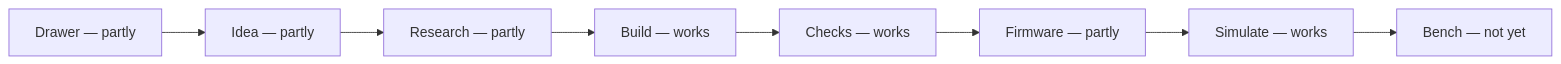
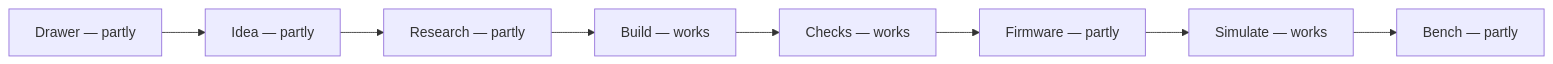
The diagram in README.md (xmejkal/spark), drawn with Mermaid before and after one commit. The commit also changed 1 other file, not shown here.

Commit message:
P192: the journey diagrams say Bench is partly done, as the text under them does
Task 5 changed the Bench row and section to partly, because deploy.py now puts the image on the board, but both Mermaid diagrams still read not yet.

````diff
--- a/README.md
+++ b/README.md
@@ -60,6 +60,6 @@
 ```mermaid
 flowchart LR
     drawer["Drawer — partly"] --> idea["Idea — partly"] --> research["Research — partly"]
     research --> build["Build — works"] --> checks["Checks — works"] --> firmware["Firmware — partly"]
-    firmware --> simulate["Simulate — works"] --> bench["Bench — not yet"]
+    firmware --> simulate["Simulate — works"] --> bench["Bench — partly"]
 ```
````
